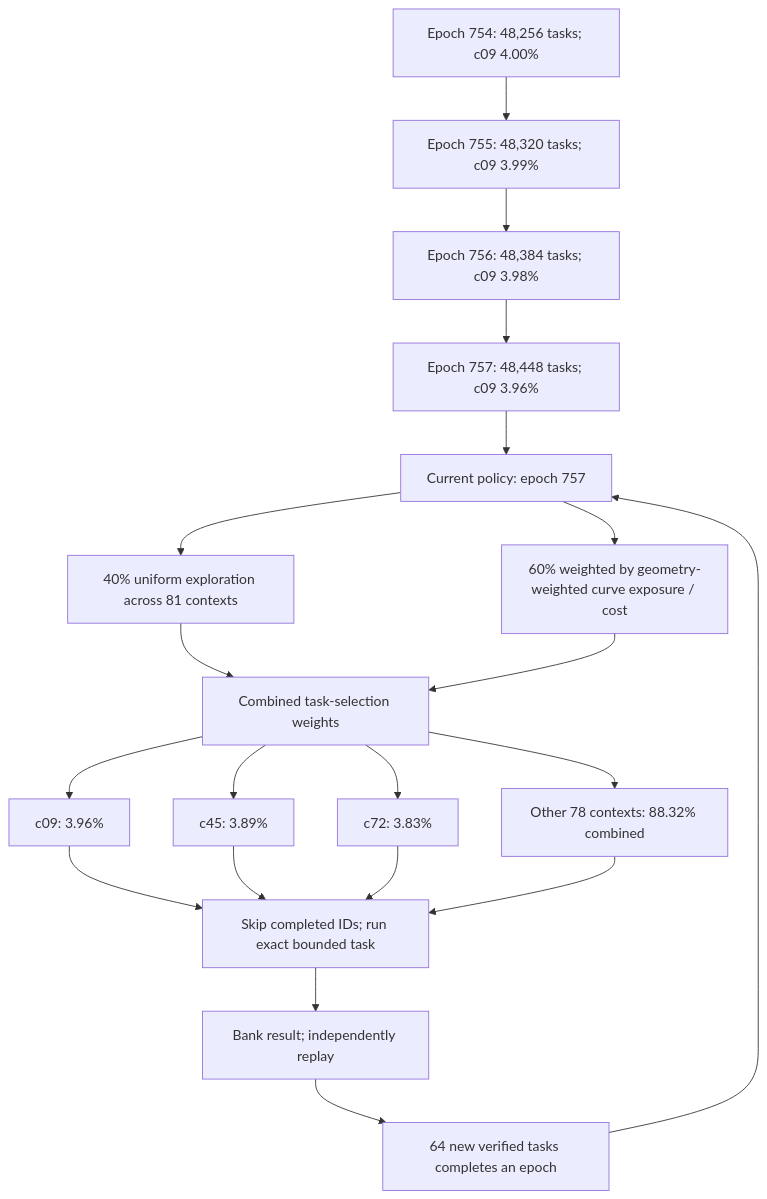
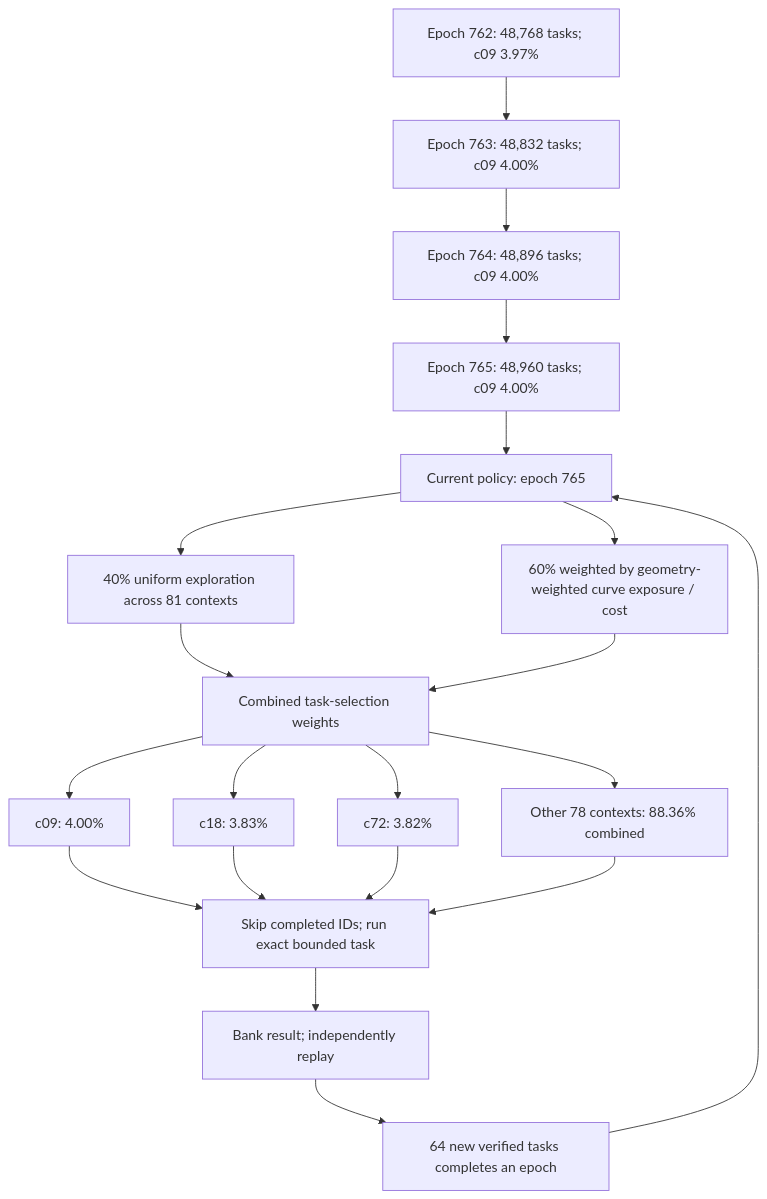
The first of 3 diagrams in README.md (Kuberwastaken/math-gambling), drawn with Mermaid before and after one commit. The commit also changed other lines of this file and 1136 other files, not shown here.

````diff
--- a/README.md
+++ b/README.md
@@ -55,27 +55,27 @@
 ```mermaid
 flowchart TD
-    H0["Epoch 754: 48,256 tasks; c09 4.00%"]
-    H1["Epoch 755: 48,320 tasks; c09 3.99%"]
+    H0["Epoch 762: 48,768 tasks; c09 3.97%"]
+    H1["Epoch 763: 48,832 tasks; c09 4.00%"]
     H0 --> H1
-    H2["Epoch 756: 48,384 tasks; c09 3.98%"]
+    H2["Epoch 764: 48,896 tasks; c09 4.00%"]
     H1 --> H2
-    H3["Epoch 757: 48,448 tasks; c09 3.96%"]
+    H3["Epoch 765: 48,960 tasks; c09 4.00%"]
     H2 --> H3
-    Policy["Current policy: epoch 757"]
+    Policy["Current policy: epoch 765"]
     H3 --> Policy
     Policy --> Explore["40% uniform exploration across 81 contexts"]
     Policy --> Cost["60% weighted by geometry-weighted curve exposure / cost"]
     Explore --> Mix["Combined task-selection weights"]
     Cost --> Mix
-    Mix --> C0["c09: 3.96%"]
-    Mix --> C1["c45: 3.89%"]
-    Mix --> C2["c72: 3.83%"]
-    Mix --> Rest["Other 78 contexts: 88.32% combined"]
+    Mix --> C0["c09: 4.00%"]
+    Mix --> C1["c18: 3.83%"]
+    Mix --> C2["c72: 3.82%"]
+    Mix --> Rest["Other 78 contexts: 88.36% combined"]
     C0 --> Check["Skip completed IDs; run exact bounded task"]
     C1 --> Check
     C2 --> Check
     Rest --> Check
     Check --> Replay["Bank result; independently replay"]
     Replay --> Gate["64 new verified tasks completes an epoch"]
     Gate --> Policy
 ```
````
